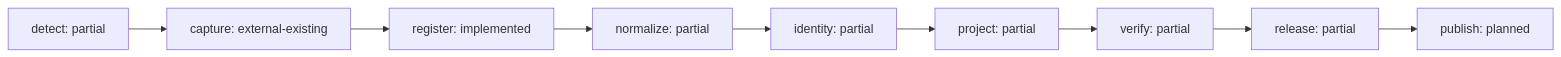
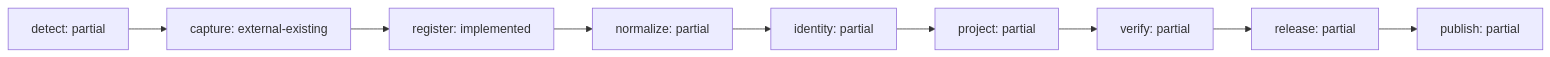
Before and after one commit to rk-gamemods/HumanHostWiki: the second of 2 diagrams in docs/REPOSITORIES.md, drawn with Mermaid. The commit also changed other lines of this file and 25 other files, not shown here.

````diff
--- a/docs/REPOSITORIES.md
+++ b/docs/REPOSITORIES.md
@@ -74,20 +74,20 @@
 ```mermaid
 flowchart LR
   detect["detect: partial"]
   capture["capture: external-existing"]
   detect --> capture
   register["register: implemented"]
   capture --> register
   normalize["normalize: partial"]
   register --> normalize
   identity["identity: partial"]
   normalize --> identity
   project["project: partial"]
   identity --> project
   verify["verify: partial"]
   project --> verify
   release["release: partial"]
   verify --> release
-  publish["publish: planned"]
+  publish["publish: partial"]
   release --> publish
 ```
````
